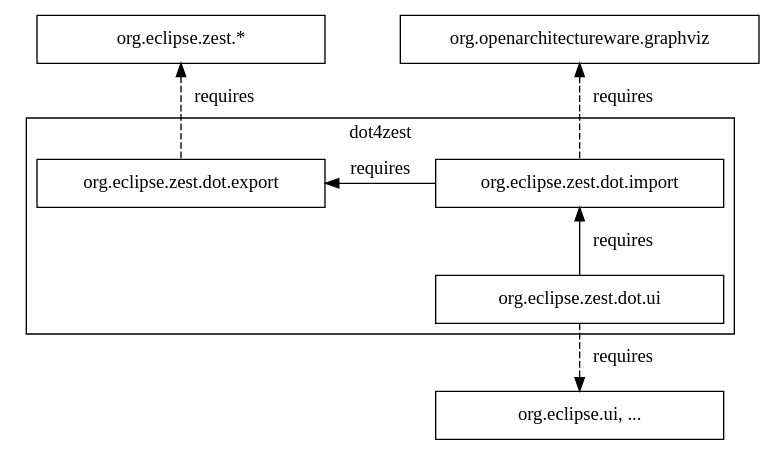
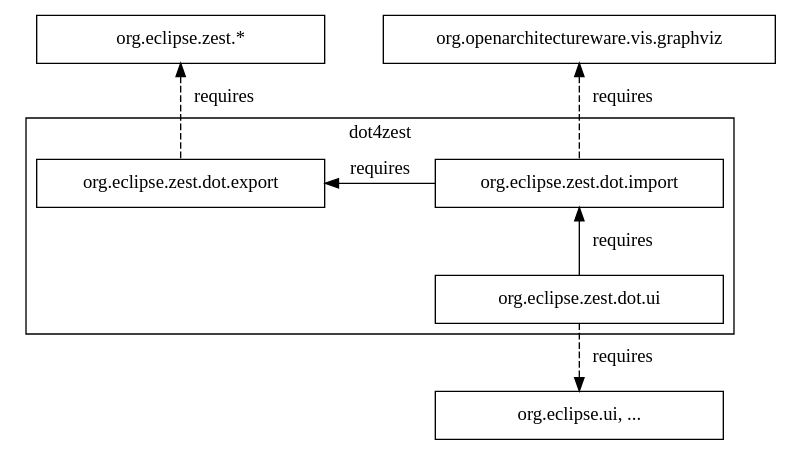
One commit to BackupTheBerlios/dot4zest changed the diagram in org.eclipse.zest.dot.ui/resources/docs/dependencies.dot. Above: the diagram before and after it, drawn with Graphviz. The commit also changed 5 other files, not shown here.

```diff
--- a/org.eclipse.zest.dot.ui/resources/docs/dependencies.dot
+++ b/org.eclipse.zest.dot.ui/resources/docs/dependencies.dot
@@ -1,27 +1,27 @@
 /*******************************************************************************
  * Copyright (c) 2009 Fabian Steeg. All rights reserved. This program and the
  * accompanying materials are made available under the terms of the Eclipse
  * Public License v1.0 which accompanies this distribution, and is available at
  * http://www.eclipse.org/legal/epl-v10.html
  * <p/>
  * Contributors: Fabian Steeg - initial API and implementation; see bug 277380
  *******************************************************************************/
 digraph dependencies{
 	rankdir=TD
 	node[shape=box width=3]
 	edge[]
 	zest[label="org.eclipse.zest.*"]
-	graphviz[label="org.openarchitectureware.graphviz"]
+	graphviz[label="org.openarchitectureware.vis.graphviz"]
 	ui[label="org.eclipse.ui, ..."]
 	subgraph cluster_0{
 		label="dot4zest"
 		import[label="org.eclipse.zest.dot.import"]
 		export[label="org.eclipse.zest.dot.export"]
 		dotui[label="org.eclipse.zest.dot.ui"]
 	}
 	zest->export[label=" requires" dir=back style=dashed]
 	export->import[label=" requires" dir=back constraint=false]
 	graphviz->import[label=" requires" dir=back style=dashed]
 	import->dotui[label=" requires" dir=back]
 	dotui->ui[label=" requires" style=dashed]
 }
```
